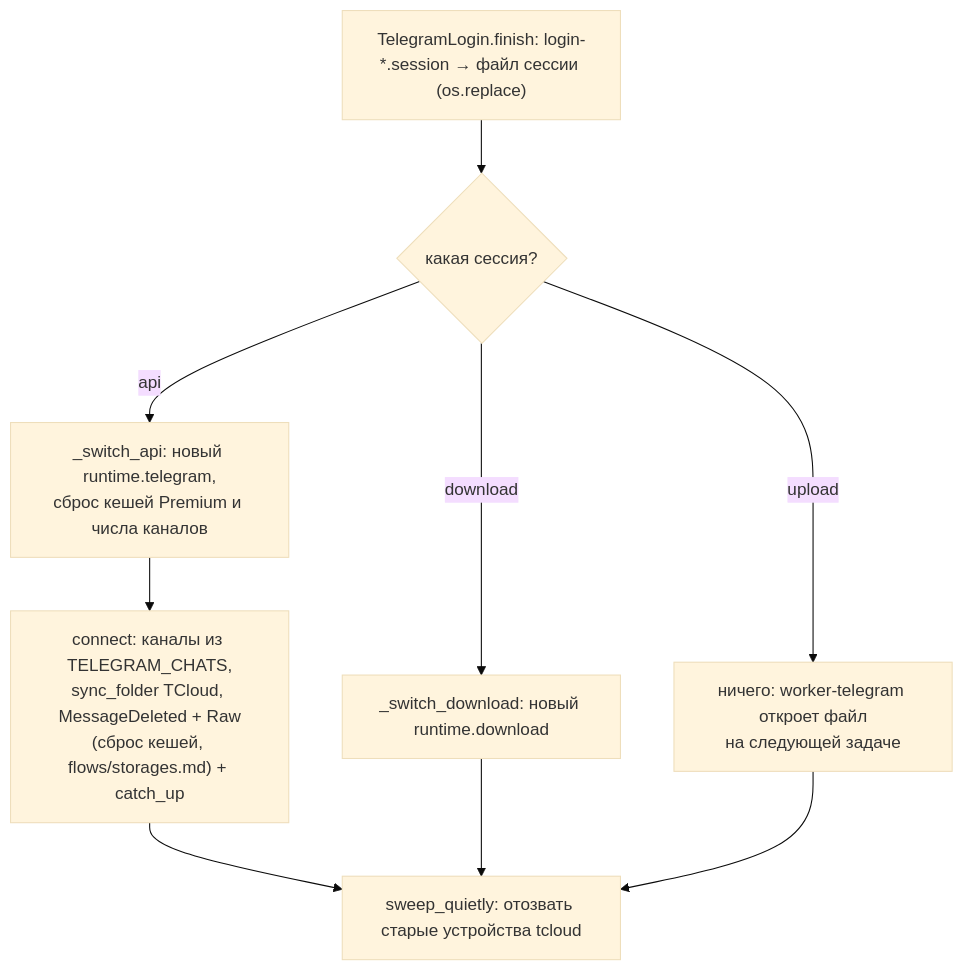
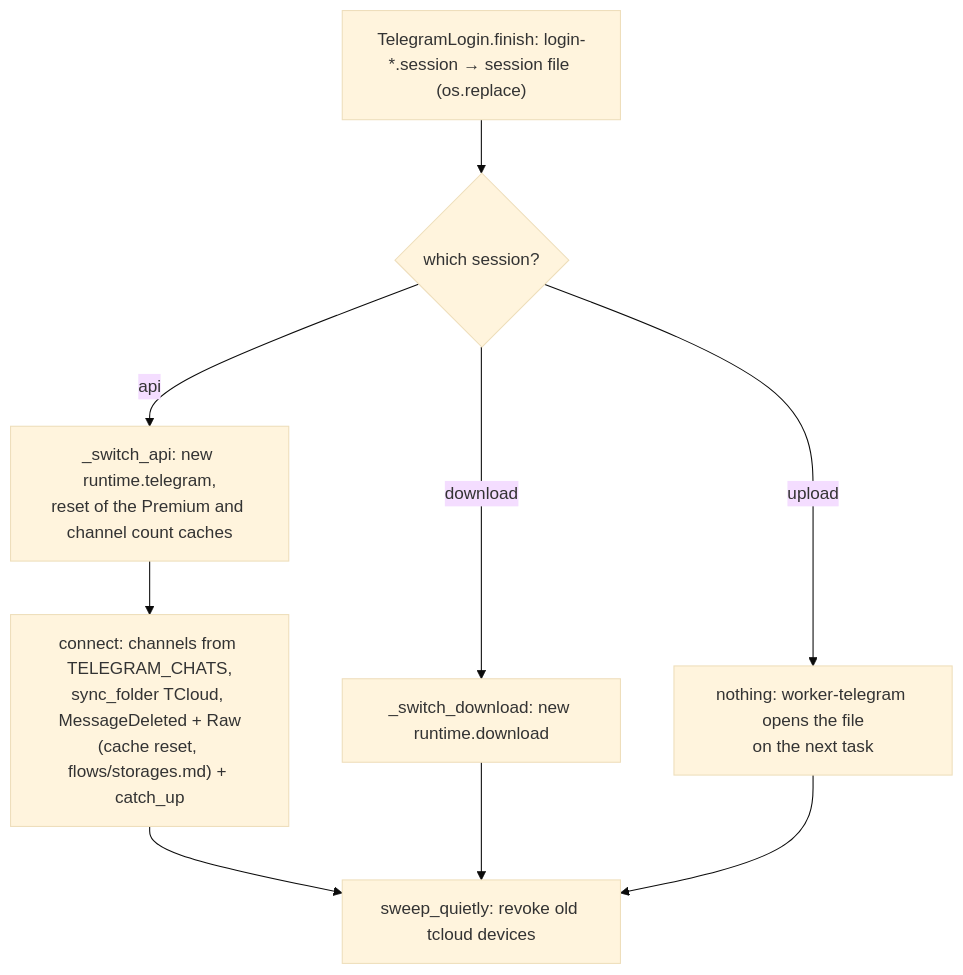
The second of 2 diagrams in docs/flows/auth.md (NikitkaZXC/tcloud-backend), drawn with Mermaid (base theme) before and after one commit. The commit also changed other lines of this file and 20 other files, not shown here.

````diff
--- a/docs/flows/auth.md
+++ b/docs/flows/auth.md
@@ -65,11 +65,11 @@
 ```mermaid
 flowchart TD
-    done["TelegramLogin.finish: login-*.session → файл сессии (os.replace)"] --> which{"какая сессия?"}
-    which -->|api| api["_switch_api: новый runtime.telegram,<br/>сброс кешей Premium и числа каналов"]
-    api --> connect["connect: каналы из TELEGRAM_CHATS,<br/>sync_folder TCloud, MessageDeleted + Raw<br/>(сброс кешей, flows/storages.md) + catch_up"]
-    which -->|download| dl["_switch_download: новый runtime.download"]
-    which -->|upload| up["ничего: worker-telegram откроет файл<br/>на следующей задаче"]
-    connect --> sweep["sweep_quietly: отозвать старые устройства tcloud"]
+    done["TelegramLogin.finish: login-*.session → session file (os.replace)"] --> which{"which session?"}
+    which -->|api| api["_switch_api: new runtime.telegram,<br/>reset of the Premium and channel count caches"]
+    api --> connect["connect: channels from TELEGRAM_CHATS,<br/>sync_folder TCloud, MessageDeleted + Raw<br/>(cache reset, flows/storages.md) + catch_up"]
+    which -->|download| dl["_switch_download: new runtime.download"]
+    which -->|upload| up["nothing: worker-telegram opens the file<br/>on the next task"]
+    connect --> sweep["sweep_quietly: revoke old tcloud devices"]
     dl --> sweep
     up --> sweep
 ```
````
